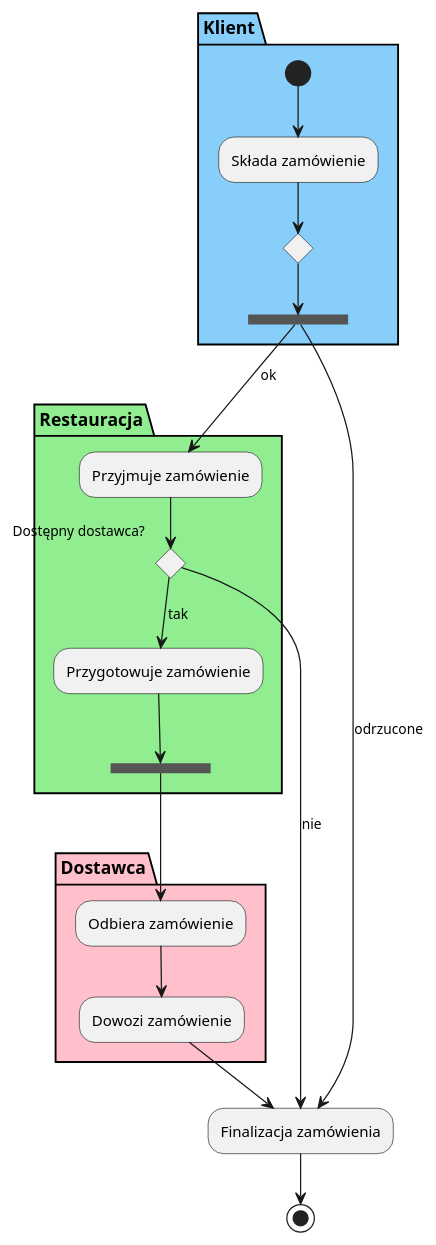
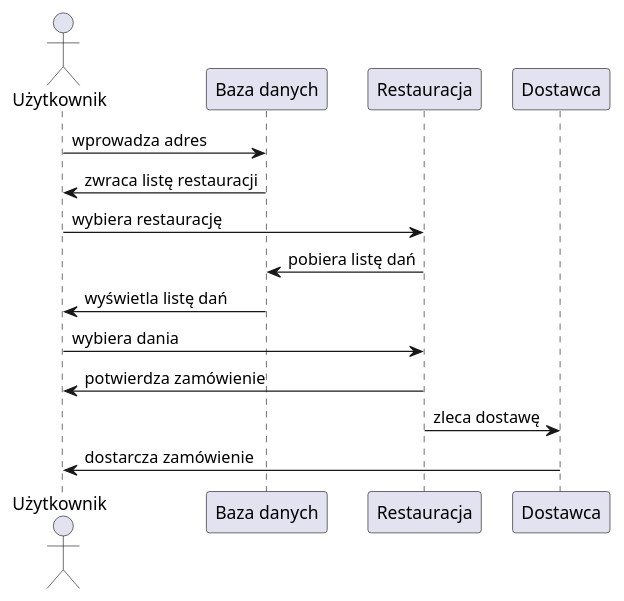
Before and after one commit to amelinium23/food-ordering-and-delivering-service: the diagram in docs/order_activity.md, drawn with PlantUML. The commit also changed 1 other file, not shown here.

Commit message:
Przerobienie diagramu aktywnosci na diagram sekwencji

````diff
--- a/docs/order_activity.md
+++ b/docs/order_activity.md
@@ -1,24 +1,37 @@
 ```plantuml
 @startuml activity
-"Finalizacja zamówienia" --> (*)
-partition Klient #LightSkyBlue {
-    (*) --> "Składa zamówienie"
-    if "" then
-        --> === S1 ===
-        --> [odrzucone] "Finalizacja zamówienia"
-}
-partition Restauracja #LightGreen {
-    === S1 === --> [ok] "Przyjmuje zamówienie"
-    if "Dostępny dostawca?" then
-        --> [tak] "Przygotowuje zamówienie"
-        --> === S2 ===
-    else
-        --> [nie] "Finalizacja zamówienia"
-}
-partition Dostawca #Pink {
-    === S2 === --> "Odbiera zamówienie"
-    --> "Dowozi zamówienie"
-    --> "Finalizacja zamówienia"
-}
+' "Finalizacja zamówienia" --> (*)
+' partition Klient #LightSkyBlue {
+'     (*) --> "Składa zamówienie"
+'     if "" then
+'         --> === S1 ===
+'         --> [odrzucone] "Finalizacja zamówienia"
+' }
+' partition Restauracja #LightGreen {
+'     === S1 === --> [ok] "Przyjmuje zamówienie"
+'     if "Dostępny dostawca?" then
+'         --> [tak] "Przygotowuje zamówienie"
+'         --> === S2 ===
+'     else
+'         --> [nie] "Finalizacja zamówienia"
+' }
+' partition Dostawca #Pink {
+'     === S2 === --> "Odbiera zamówienie"
+'     --> "Dowozi zamówienie"
+'     --> "Finalizacja zamówienia"
+' }
+actor Użytkownik as user
+participant "Baza danych" as db
+participant Restauracja as rest
+participant Dostawca as courier
+user -> db : wprowadza adres
+db -> user : zwraca listę restauracji
+user -> rest : wybiera restaurację
+rest -> db : pobiera listę dań
+db -> user : wyświetla listę dań
+user -> rest : wybiera dania
+rest -> user : potwierdza zamówienie
+rest -> courier : zleca dostawę
+courier -> user : dostarcza zamówienie
 @enduml
 ```
````
